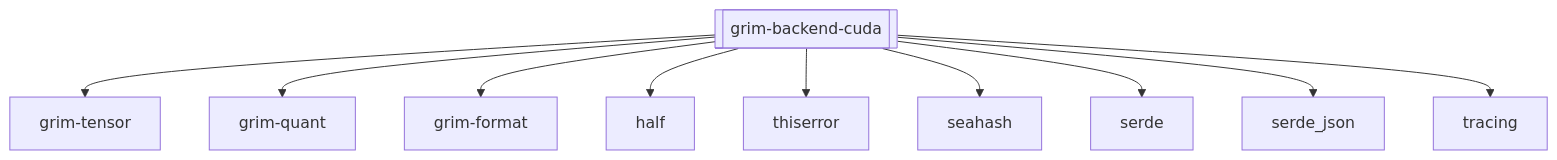
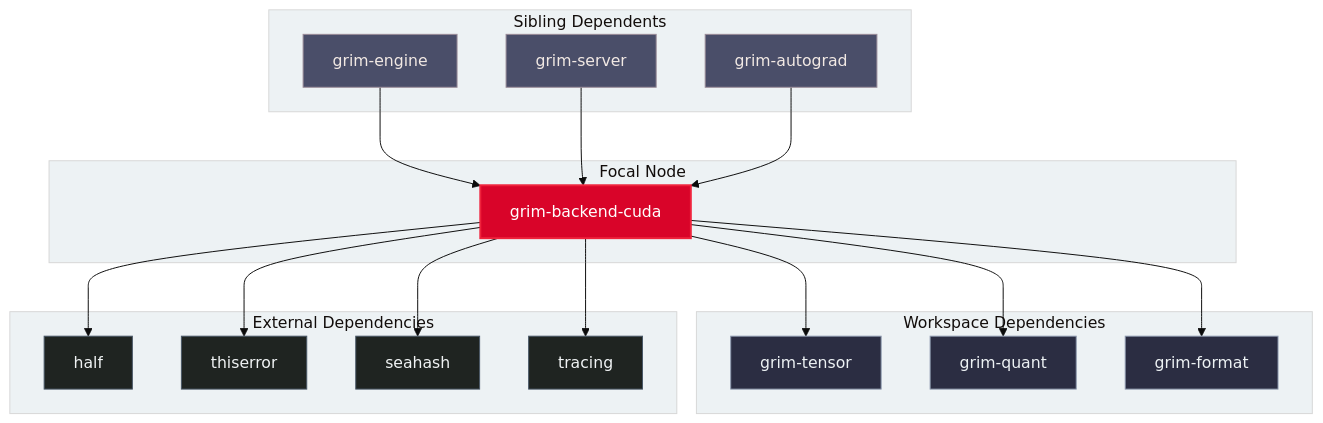
The diagram in crates/grim-backend-cuda/README.md (sydonayrex/grim), drawn with Mermaid before and after one commit. The commit also changed other lines of this file and 32 other files, not shown here.

````diff
--- a/crates/grim-backend-cuda/README.md
+++ b/crates/grim-backend-cuda/README.md
@@ -8,24 +14,48 @@
 ```mermaid
-graph TD
-    grim-backend-cuda[["grim-backend-cuda"]]
-    
-    grim-tensor["grim-tensor"]
-    grim-quant["grim-quant"]
-    grim-format["grim-format"]
-    half["half"]
-    thiserror["thiserror"]
-    seahash["seahash"]
-    serde["serde"]
-    serde_json["serde_json"]
-    tracing["tracing"]
-    
-    grim-backend-cuda --> grim-tensor
-    grim-backend-cuda --> grim-quant
-    grim-backend-cuda --> grim-format
-    grim-backend-cuda --> half
-    grim-backend-cuda --> thiserror
-    grim-backend-cuda --> seahash
-    grim-backend-cuda --> serde
-    grim-backend-cuda --> serde_json
-    grim-backend-cuda --> tracing
+%%{init: {'theme': 'base', 'themeVariables': { 'primaryColor': '#2b2d42', 'edgeLabelBackground':'#ffffff', 'tertiaryColor': '#edf2f4'}}}%%
+flowchart TD
+    subgraph Sibling Dependents
+        grim_engine["grim-engine"]
+        grim_server["grim-server"]
+        grim_autograd["grim-autograd"]
+    end
+
+    subgraph Focal Node
+        grim_backend_cuda["grim-backend-cuda"]
+    end
+
+    subgraph Workspace Dependencies
+        grim_tensor["grim-tensor"]
+        grim_quant["grim-quant"]
+        grim_format["grim-format"]
+    end
+
+    subgraph External Dependencies
+        half["half"]
+        thiserror["thiserror"]
+        seahash["seahash"]
+        tracing["tracing"]
+    end
+
+    grim_engine --> grim_backend_cuda
+    grim_server --> grim_backend_cuda
+    grim_autograd --> grim_backend_cuda
+
+    grim_backend_cuda --> grim_tensor
+    grim_backend_cuda --> grim_quant
+    grim_backend_cuda --> grim_format
+    grim_backend_cuda --> half
+    grim_backend_cuda --> thiserror
+    grim_backend_cuda --> seahash
+    grim_backend_cuda --> tracing
+
+    classDef focal fill:#d90429,stroke:#ef233c,stroke-width:2px,color:#ffffff;
+    classDef workspace fill:#2b2d42,stroke:#8d99ae,stroke-width:1px,color:#edf2f4;
+    classDef sibling fill:#4a4e69,stroke:#9a8c98,stroke-width:1px,color:#f2e9e4;
+    classDef external fill:#1f2421,stroke:#495867,stroke-width:1px,color:#f0f3f4;
+
+    class grim_backend_cuda focal;
+    class grim_tensor,grim_quant,grim_format workspace;
+    class grim_engine,grim_server,grim_autograd sibling;
+    class half,thiserror,seahash,tracing external;
 ```
````
